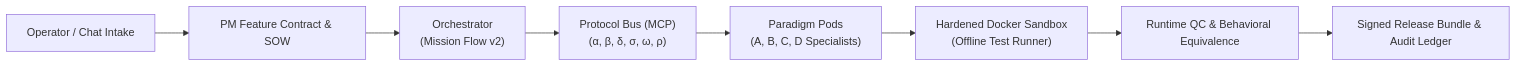
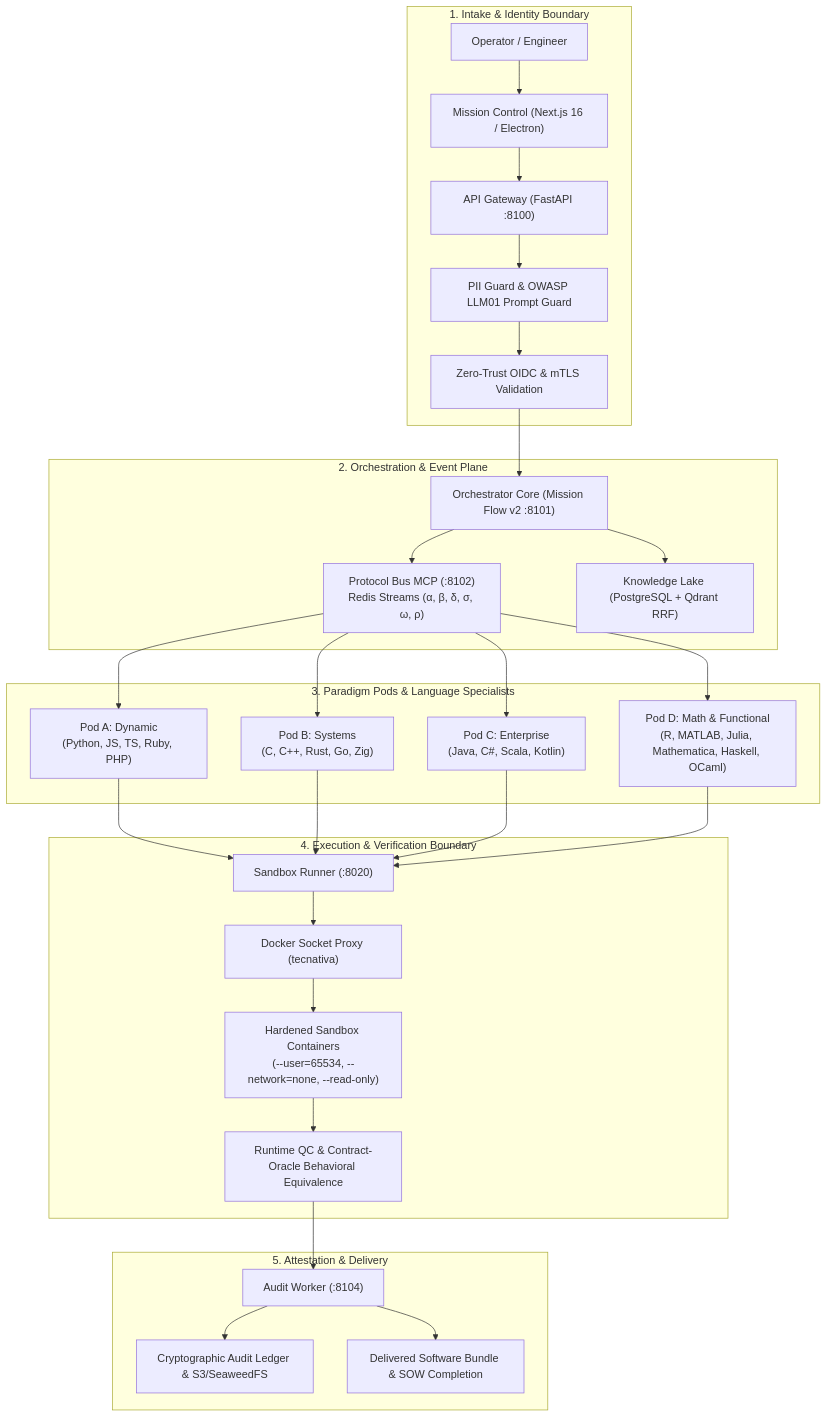
The diagram in README.md (kherrera6219/theFactory), drawn with Mermaid before and after one commit. The commit also changed other lines of this file and 1 other file, not shown here.

````diff
--- a/README.md
+++ b/README.md
@@ -39,10 +82,35 @@
 ```mermaid
-flowchart LR
-    A["Operator / Chat Intake"] --> B["PM Feature Contract & SOW"]
-    B --> C["Orchestrator\n(Mission Flow v2)"]
-    C --> D["Protocol Bus (MCP)\n(α, β, δ, σ, ω, ρ)"]
-    D --> E["Paradigm Pods\n(A, B, C, D Specialists)"]
-    E --> F["Hardened Docker Sandbox\n(Offline Test Runner)"]
-    F --> G["Runtime QC & Behavioral Equivalence"]
-    G --> H["Signed Release Bundle & Audit Ledger"]
+flowchart TD
+    subgraph INTAKE["1. Intake & Identity Boundary"]
+        User["Operator / Engineer"] --> MC["Mission Control (Next.js 16 / Electron)"]
+        MC --> GW["API Gateway (FastAPI :8100)"]
+        GW --> PG["PII Guard & OWASP LLM01 Prompt Guard"]
+        PG --> OIDC["Zero-Trust OIDC & mTLS Validation"]
+    end
+
+    subgraph ORCHESTRATION["2. Orchestration & Event Plane"]
+        OIDC --> ORCH["Orchestrator Core (Mission Flow v2 :8101)"]
+        ORCH --> PB["Protocol Bus MCP (:8102)\nRedis Streams (α, β, δ, σ, ω, ρ)"]
+        ORCH --> KL["Knowledge Lake (PostgreSQL + Qdrant RRF)"]
+    end
+
+    subgraph PODS["3. Paradigm Pods & Language Specialists"]
+        PB --> PodA["Pod A: Dynamic\n(Python, JS, TS, Ruby, PHP)"]
+        PB --> PodB["Pod B: Systems\n(C, C++, Rust, Go, Zig)"]
+        PB --> PodC["Pod C: Enterprise\n(Java, C#, Scala, Kotlin)"]
+        PB --> PodD["Pod D: Math & Functional\n(R, MATLAB, Julia, Mathematica, Haskell, OCaml)"]
+    end
+
+    subgraph SANDBOX["4. Execution & Verification Boundary"]
+        PodA & PodB & PodC & PodD --> SR["Sandbox Runner (:8020)"]
+        SR --> Proxy["Docker Socket Proxy (tecnativa)"]
+        Proxy --> Box["Hardened Sandbox Containers\n(--user=65534, --network=none, --read-only)"]
+        Box --> QC["Runtime QC & Contract-Oracle Behavioral Equivalence"]
+    end
+
+    subgraph AUDIT["5. Attestation & Delivery"]
+        QC --> AW["Audit Worker (:8104)"]
+        AW --> Ledger["Cryptographic Audit Ledger & S3/SeaweedFS"]
+        AW --> SOW["Delivered Software Bundle & SOW Completion"]
+    end
 ```
````
